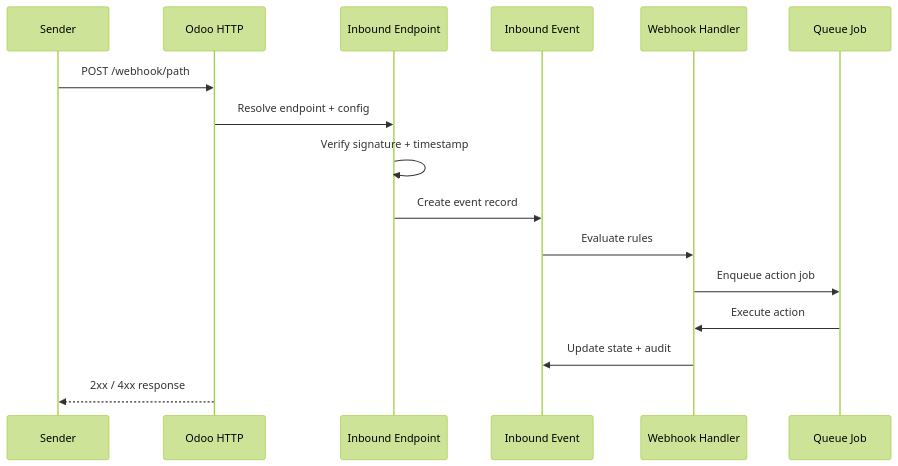
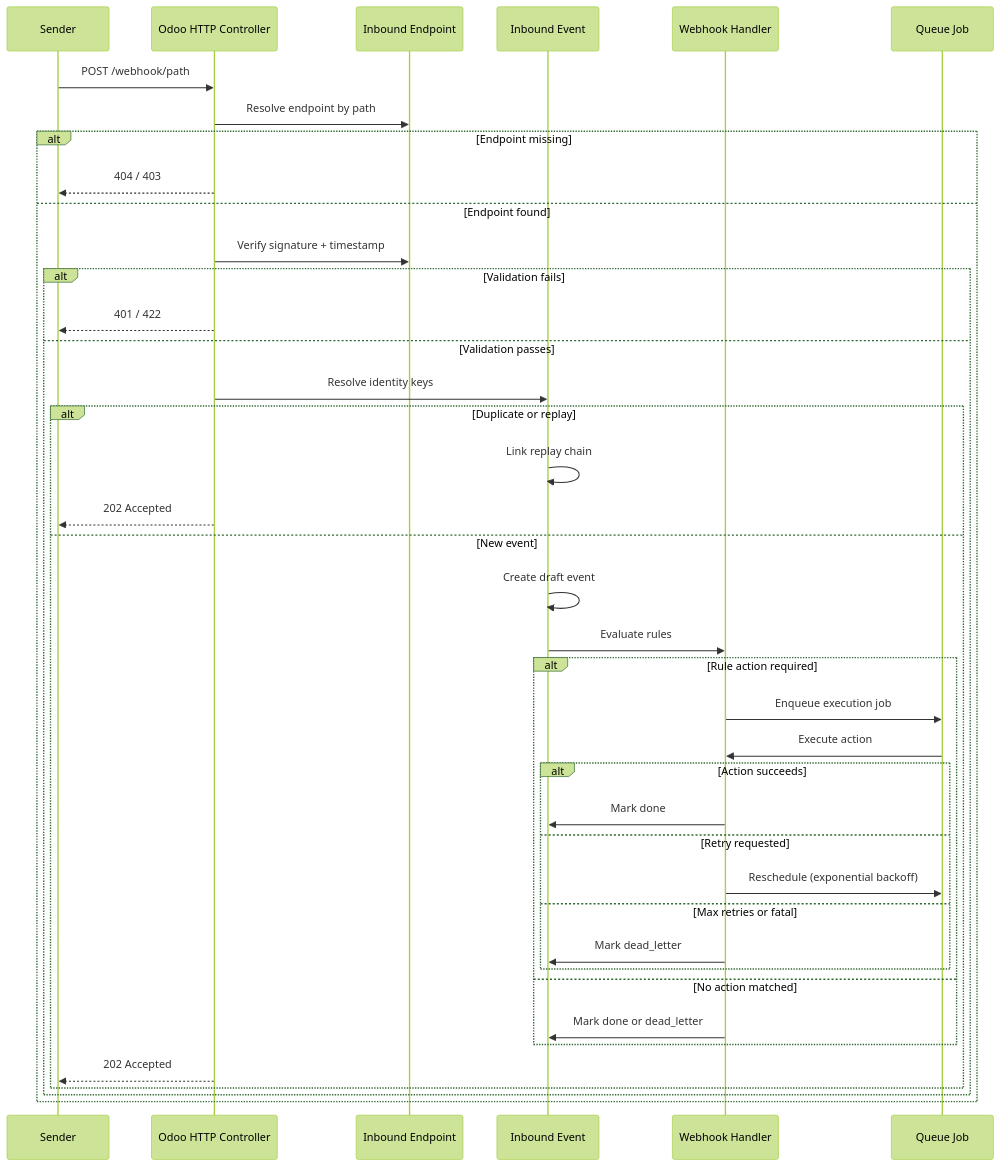
The diagram in docs/diagrams/webhooks-inbound-sequence.mmd (bitwise-hq/odoo-webhooks), drawn with Mermaid (forest theme) before and after one commit. The commit also changed 83 other files, not shown here.

```diff
--- a/docs/diagrams/webhooks-inbound-sequence.mmd
+++ b/docs/diagrams/webhooks-inbound-sequence.mmd
@@ -1,17 +1,41 @@
 sequenceDiagram
   participant Sender
-  participant Odoo as Odoo HTTP
+  participant HTTP as Odoo HTTP Controller
   participant Endpoint as Inbound Endpoint
   participant Event as Inbound Event
   participant Handler as Webhook Handler
   participant Queue as Queue Job
 
-  Sender->>Odoo: POST /webhook/path
-  Odoo->>Endpoint: Resolve endpoint + config
-  Endpoint->>Endpoint: Verify signature + timestamp
-  Endpoint->>Event: Create event record
-  Event->>Handler: Evaluate rules
-  Handler->>Queue: Enqueue action job
-  Queue->>Handler: Execute action
-  Handler->>Event: Update state + audit
-  Odoo-->>Sender: 2xx / 4xx response
+  Sender->>HTTP: POST /webhook/path
+  HTTP->>Endpoint: Resolve endpoint by path
+  alt Endpoint missing
+    HTTP-->>Sender: 404 / 403
+  else Endpoint found
+    HTTP->>Endpoint: Verify signature + timestamp
+    alt Validation fails
+      HTTP-->>Sender: 401 / 422
+    else Validation passes
+      HTTP->>Event: Resolve identity keys
+      alt Duplicate or replay
+        Event->>Event: Link replay chain
+        HTTP-->>Sender: 202 Accepted
+      else New event
+        Event->>Event: Create draft event
+        Event->>Handler: Evaluate rules
+        alt Rule action required
+          Handler->>Queue: Enqueue execution job
+          Queue->>Handler: Execute action
+          alt Action succeeds
+            Handler->>Event: Mark done
+          else Retry requested
+            Handler->>Queue: Reschedule (exponential backoff)
+          else Max retries or fatal
+            Handler->>Event: Mark dead_letter
+          end
+        else No action matched
+          Handler->>Event: Mark done or dead_letter
+        end
+        HTTP-->>Sender: 202 Accepted
+      end
+    end
+  end
```
